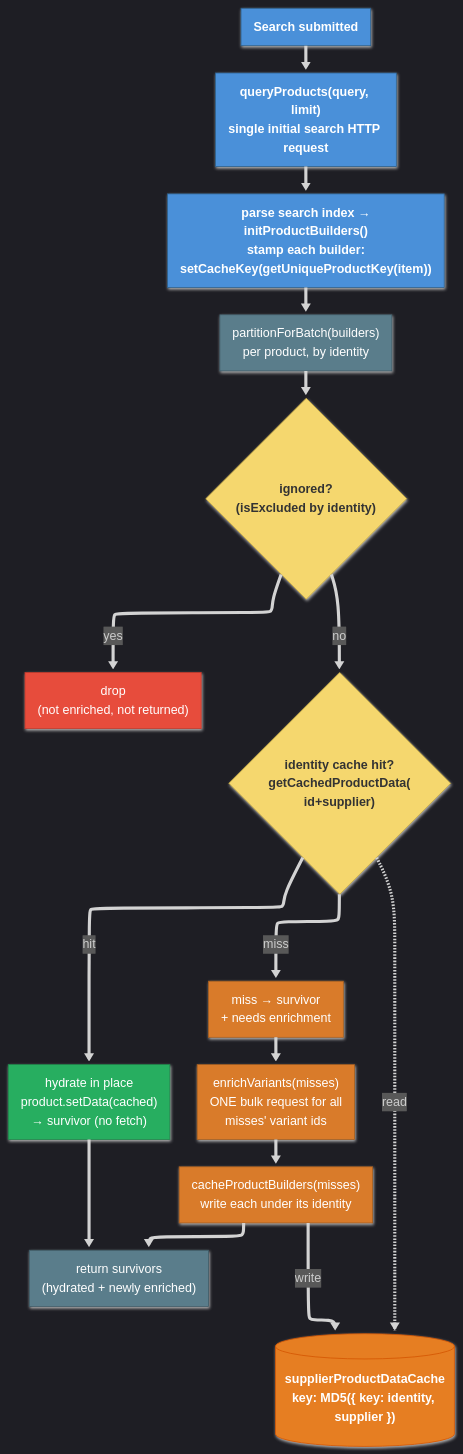
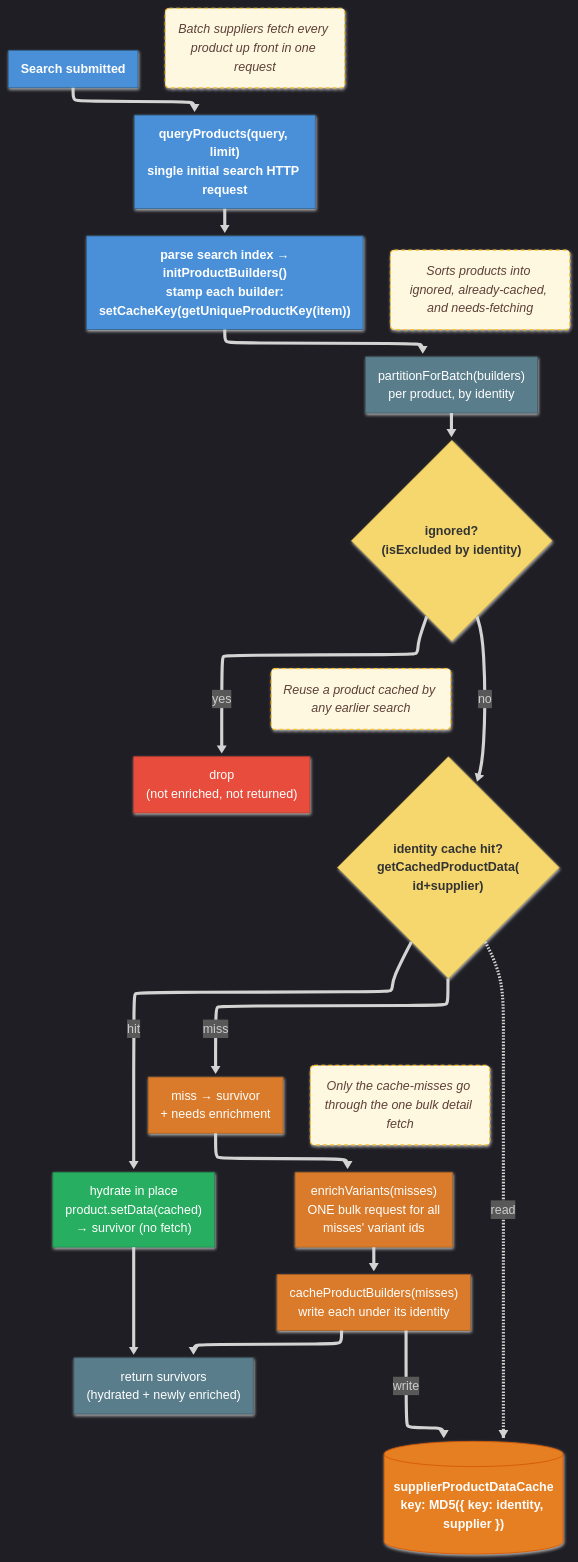
The fourth of 5 diagrams in pages/diagrams/search-cache-flow.md (jhyland87/chem-pal), drawn with Mermaid before and after one commit. The commit also changed other lines of this file and 39 other files, not shown here.

````diff
--- a/pages/diagrams/search-cache-flow.md
+++ b/pages/diagrams/search-cache-flow.md
@@ -266,60 +298,74 @@
 ```mermaid
 ---
 config:
   layout: elk
   htmlLabels: true
   look: neo
   theme: dark
   flowchart:
     curve: basis
 ---
 flowchart TB
 linkStyle default stroke-width:4px;
 classDef init fill:#4A90D9,stroke:#2C5F8A,color:#fff,font-weight:bold
 classDef idb fill:#E67E22,stroke:#D35400,color:#fff,font-weight:bold
 classDef cacheFlow fill:#5A7D8B,stroke:#3E5A66,color:#fff
 classDef hit fill:#27AE60,stroke:#1E8449,color:#fff
 classDef miss fill:#D97B2A,stroke:#A35D1F,color:#fff
 classDef decision fill:#F5D76E,stroke:#C5A83D,color:#333,font-weight:bold
 classDef drop fill:#E74C3C,stroke:#C0392B,color:#fff
 
 SUBMIT["Search submitted"]
 QUERY["queryProducts(query, limit)\nsingle initial search HTTP request"]
 PARSE["parse search index →\ninitProductBuilders()\nstamp each builder:\nsetCacheKey(getUniqueProductKey(item))"]
 SUBMIT --> QUERY --> PARSE
 
 PART["partitionForBatch(builders)\nper product, by identity"]
 PARSE --> PART
 
 EXCL{"ignored?\n(isExcluded by identity)"}
 PART --> EXCL
 DROP["drop\n(not enriched, not returned)"]
 EXCL -->|"yes"| DROP
 
 LOOKUP{"identity cache hit?\ngetCachedProductData(\nid+supplier)"}
 EXCL -->|"no"| LOOKUP
 HYDRATE["hydrate in place\nproduct.setData(cached)\n→ survivor (no fetch)"]
 MISS["miss → survivor\n+ needs enrichment"]
 LOOKUP -->|"hit"| HYDRATE
 LOOKUP -->|"miss"| MISS
 
 ENRICH["enrichVariants(misses)\nONE bulk request for all\nmisses' variant ids"]
 WRITE["cacheProductBuilders(misses)\nwrite each under its identity"]
 MISS --> ENRICH --> WRITE
 
 RETURN["return survivors\n(hydrated + newly enriched)"]
 HYDRATE --> RETURN
 WRITE --> RETURN
 
 PDS[("supplierProductDataCache\nkey: MD5({ key: identity, supplier })")]
 LOOKUP -.->|"read"| PDS
 WRITE -->|"write"| PDS
 
 class SUBMIT,QUERY,PARSE init
 class PART,RETURN cacheFlow
 class EXCL,LOOKUP decision
 class HYDRATE hit
 class MISS,ENRICH,WRITE miss
 class DROP drop
 class PDS idb
+
+%% ── Descriptor notes: plain-English descriptions pinned next to key nodes ──
+classDef descriptor fill:#FFF8E1,stroke:#FBC02D,stroke-width:1.5px,color:#5D4037,stroke-dasharray:5 4,font-style:italic
+D_QUERY("Batch suppliers fetch every product up front in one request")
+D_PART("Sorts products into ignored, already-cached, and needs-fetching")
+D_LOOKUP("Reuse a product cached by any earlier search")
+D_ENRICH("Only the cache-misses go through the one bulk detail fetch")
+D_QUERY ~~~ QUERY
+D_PART ~~~ PART
+D_LOOKUP ~~~ LOOKUP
+D_ENRICH ~~~ ENRICH
+class D_QUERY,D_PART,D_LOOKUP,D_ENRICH descriptor
+%% Hide the connector lines for the descriptor notes (the last 4 links).
+linkStyle 14,15,16,17 stroke-width:0px,stroke:transparent
 ```
````
